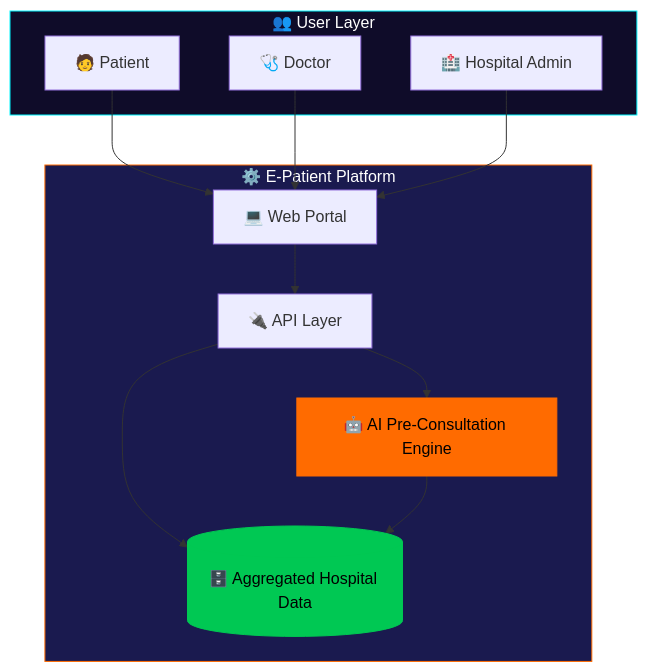
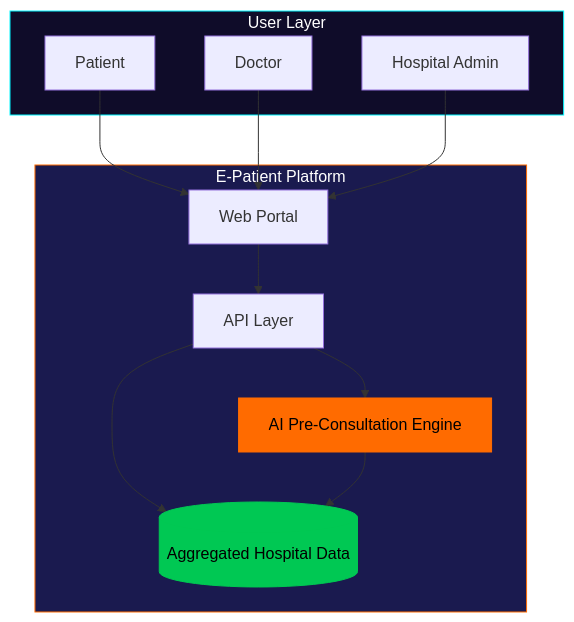
One commit to mav8stro/mav8stro changed the second of 3 diagrams in README.md. Above: the diagram before and after it, drawn with Mermaid. The commit also changed other lines of this file, not shown here.

````diff
--- a/README.md
+++ b/README.md
@@ -93,28 +100,28 @@
 ```mermaid
 flowchart TB
-    subgraph Users["👥 User Layer"]
-        P[🧑 Patient]
-        D[🩺 Doctor]
-        H[🏥 Hospital Admin]
+    subgraph UserLayer[User Layer]
+        PAT[Patient]
+        DOC[Doctor]
+        ADM[Hospital Admin]
     end
 
-    subgraph Core["⚙️ E-Patient Platform"]
-        UI[💻 Web Portal]
-        API[🔌 API Layer]
-        AI[🤖 AI Pre-Consultation Engine]
-        DB[(🗄️ Aggregated Hospital Data)]
+    subgraph CoreLayer[E-Patient Platform]
+        UI[Web Portal]
+        API[API Layer]
+        AIENGINE[AI Pre-Consultation Engine]
+        DB[(Aggregated Hospital Data)]
     end
 
-    P --> UI
-    D --> UI
-    H --> UI
+    PAT --> UI
+    DOC --> UI
+    ADM --> UI
     UI --> API
-    API --> AI
+    API --> AIENGINE
     API --> DB
-    AI --> DB
+    AIENGINE --> DB
 
-    style Users fill:#0F0C29,stroke:#00F7FF,color:#fff
-    style Core fill:#1a1a4f,stroke:#FF6B00,color:#fff
-    style AI fill:#FF6B00,stroke:#FF6B00,color:#000
+    style UserLayer fill:#0F0C29,stroke:#00F7FF,color:#fff
+    style CoreLayer fill:#1a1a4f,stroke:#FF6B00,color:#fff
+    style AIENGINE fill:#FF6B00,stroke:#FF6B00,color:#000
     style DB fill:#00C853,stroke:#00C853,color:#000
 ```
````
